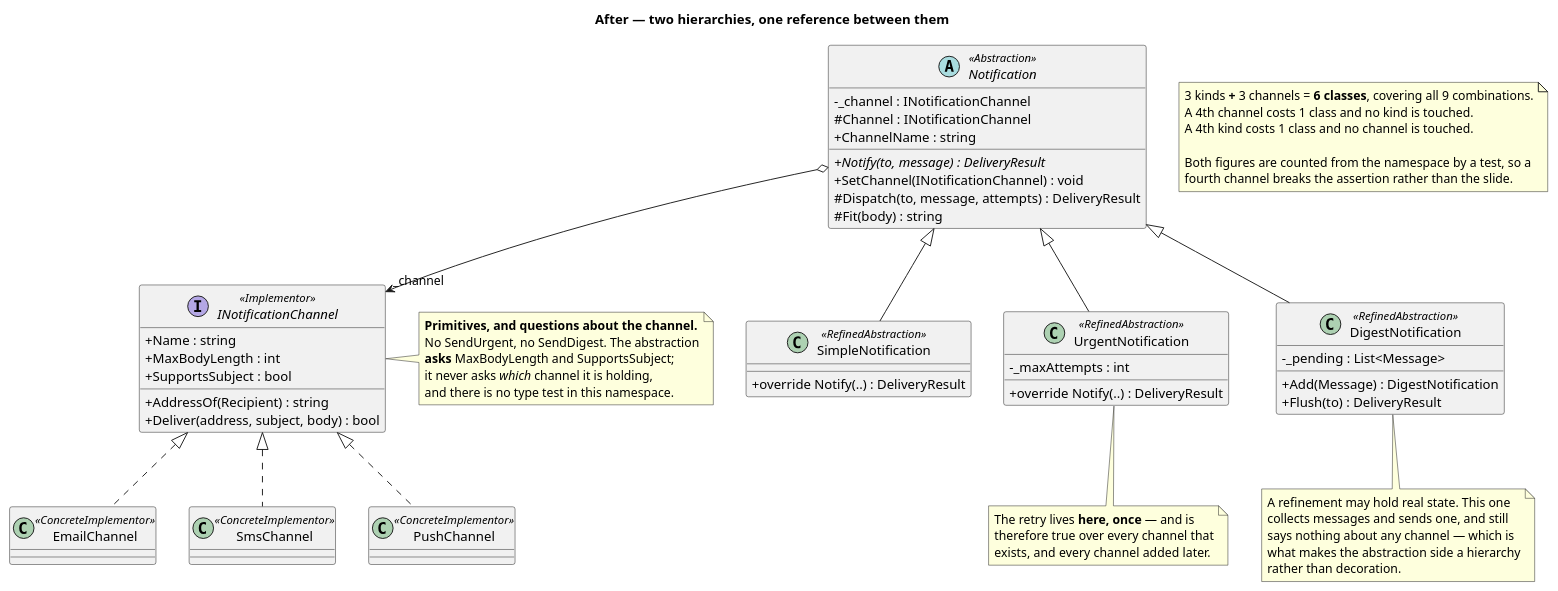
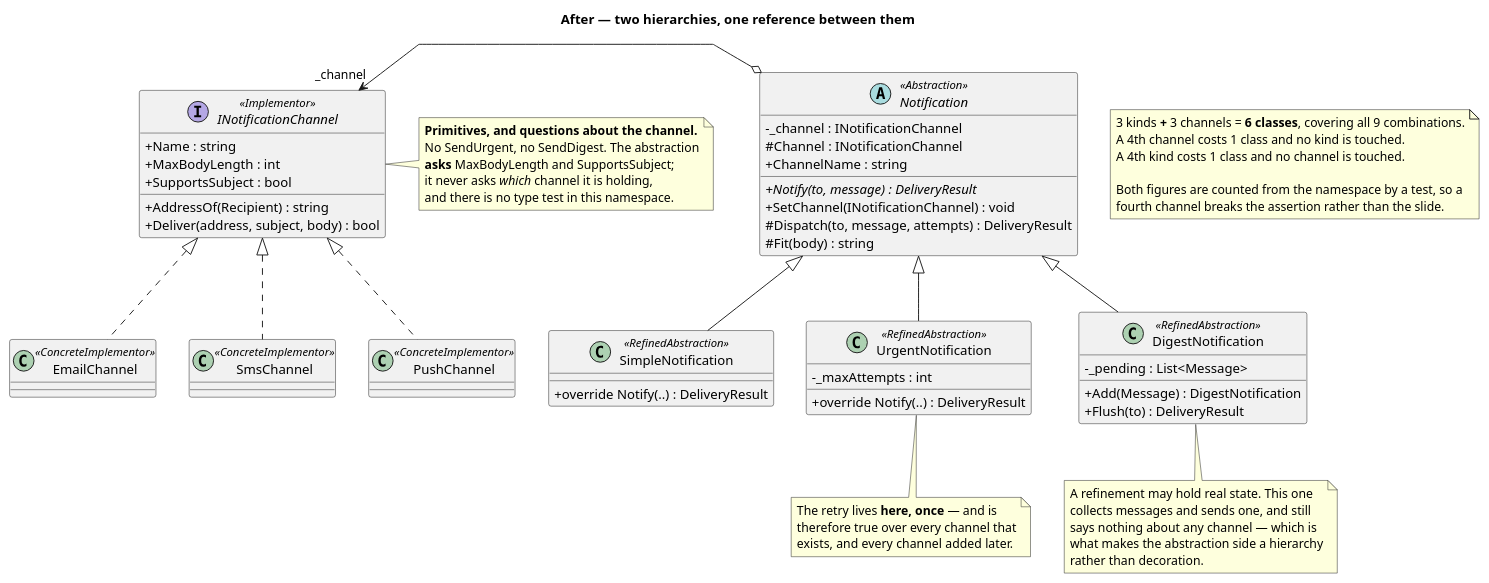
Before and after one commit to kaldiroglu/DesignPatternsWithCSharp: the diagram in Bridge/src/Bridge/Notifications/Solution/uml/Bridge - Notifications (Solution) - Class Diagram.puml, drawn with PlantUML. The commit also changed 43 other files, not shown here.

Commit message:
Diagrams: each parent above and centered over its children, on one row, with straight lines

```diff
--- a/Bridge/src/Bridge/Notifications/Solution/uml/Bridge - Notifications (Solution) - Class Diagram.puml
+++ b/Bridge/src/Bridge/Notifications/Solution/uml/Bridge - Notifications (Solution) - Class Diagram.puml
@@ -1,80 +1,81 @@
 @startuml "Bridge - Notifications (Solution) - Class Diagram"
+skinparam linetype polyline
 skinparam classAttributeIconSize 0
 title After — two hierarchies, one reference between them
 
 
 abstract class Notification <<Abstraction>> {
   - _channel : INotificationChannel
   # Channel : INotificationChannel
   + ChannelName : string
   + {abstract} Notify(to, message) : DeliveryResult
   + SetChannel(INotificationChannel) : void
   # Dispatch(to, message, attempts) : DeliveryResult
   # Fit(body) : string
 }
 
 class SimpleNotification <<RefinedAbstraction>> {
   + override Notify(..) : DeliveryResult
 }
 class UrgentNotification <<RefinedAbstraction>> {
   - _maxAttempts : int
   + override Notify(..) : DeliveryResult
 }
 class DigestNotification <<RefinedAbstraction>> {
   - _pending : List<Message>
   + Add(Message) : DigestNotification
   + Flush(to) : DeliveryResult
 }
 
 interface INotificationChannel <<Implementor>> {
   + Name : string
   + AddressOf(Recipient) : string
   + MaxBodyLength : int
   + SupportsSubject : bool
   + Deliver(address, subject, body) : bool
 }
 
 class EmailChannel <<ConcreteImplementor>>
 class SmsChannel <<ConcreteImplementor>>
 class PushChannel <<ConcreteImplementor>>
 
-Notification o--> "_channel" INotificationChannel
 Notification <|-- SimpleNotification
 Notification <|-- UrgentNotification
 Notification <|-- DigestNotification
 INotificationChannel <|.. EmailChannel
 INotificationChannel <|.. SmsChannel
 INotificationChannel <|.. PushChannel
 
 note right of INotificationChannel
   <b>Primitives, and questions about the channel.</b>
   No SendUrgent, no SendDigest. The abstraction
   <b>asks</b> MaxBodyLength and SupportsSubject;
   it never asks <i>which</i> channel it is holding,
   and there is no type test in this namespace.
 end note
 
 note bottom of UrgentNotification
   The retry lives <b>here, once</b> — and is
   therefore true over every channel that
   exists, and every channel added later.
 end note
 
 note bottom of DigestNotification
   A refinement may hold real state. This one
   collects messages and sends one, and still
   says nothing about any channel — which is
   what makes the abstraction side a hierarchy
   rather than decoration.
 end note
 
 note as N1
   3 kinds <b>+</b> 3 channels = <b>6 classes</b>, covering all 9 combinations.
   A 4th channel costs 1 class and no kind is touched.
   A 4th kind costs 1 class and no channel is touched.
 
   Both figures are counted from the namespace by a test, so a
   fourth channel breaks the assertion rather than the slide.
 end note
 
+Notification o-[norank]-> "_channel" INotificationChannel
 @enduml
```
